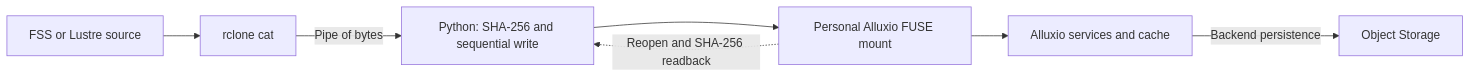
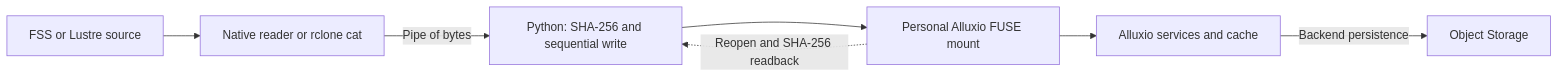
Before and after one commit to EIT-GBI/GBI-Compute-Software-Modules: the second of 3 diagrams in gbi/ARCHITECTURE.md, drawn with Mermaid. The commit also changed other lines of this file and 13 other files, not shown here.

````diff
--- a/gbi/ARCHITECTURE.md
+++ b/gbi/ARCHITECTURE.md
@@ -59,9 +81,9 @@
 ```mermaid
 flowchart LR
-    S["FSS or Lustre source"] --> R["rclone cat"]
+    S["FSS or Lustre source"] --> R["Native reader or rclone cat"]
     R -->|"Pipe of bytes"| P["Python: SHA-256 and sequential write"]
     P --> M["Personal Alluxio FUSE mount"]
     M --> A["Alluxio services and cache"]
     A -->|"Backend persistence"| O["Object Storage"]
     M -. "Reopen and SHA-256 readback" .-> P
 ```
````
